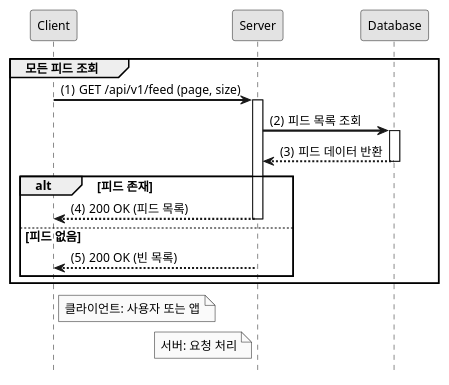
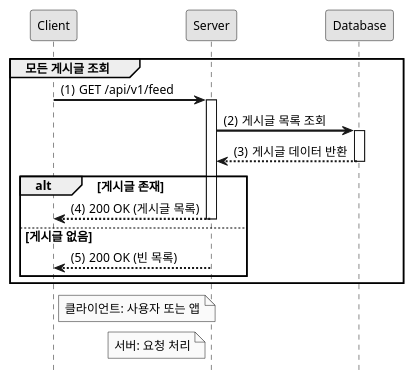
One commit to sumin220/SpringBoot_MemberBoard changed the diagram in sequence/getAllFeed.puml. Above: the diagram before and after it, drawn with PlantUML. The commit also changed 7 other files, not shown here.

```diff
--- a/sequence/getAllFeed.puml
+++ b/sequence/getAllFeed.puml
@@ -1,32 +1,32 @@
 @startuml
 
 hide footbox
 autoactivate on
 
 ' 스타일 설정
 skinparam monochrome true
 skinparam shadowing false
 skinparam defaultFontSize 12
 skinparam defaultFontName Arial
 skinparam sequenceArrowThickness 2
 
 participant "Client" as C
 participant "Server" as S
 participant "Database" as DB
 
-group 모든 피드 조회
+group 모든 게시글 조회
     autonumber 1 "(0)"
-    C -> S: GET /api/v1/feed (page, size)
-    S -> DB: 피드 목록 조회
-    DB --> S: 피드 데이터 반환
-    alt 피드 존재
-        S --> C: 200 OK (피드 목록)
-    else 피드 없음
+    C -> S: GET /api/v1/feed
+    S -> DB: 게시글 목록 조회
+    DB --> S: 게시글 데이터 반환
+    alt 게시글 존재
+        S --> C: 200 OK (게시글 목록)
+    else 게시글 없음
         S --> C: 200 OK (빈 목록)
     end
 end
 
 note right of C: 클라이언트: 사용자 또는 앱
 note left of S: 서버: 요청 처리
 
 @enduml
```
